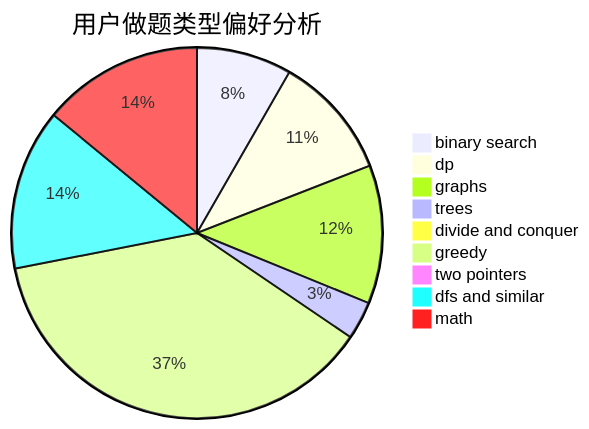
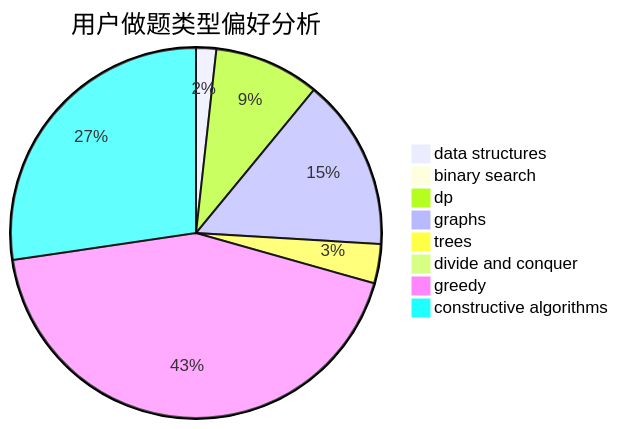
One commit to sherpahu/cfrs.github.io changed the second of 3 diagrams in docs/user/u1188.md. Above: the diagram before and after it, drawn with Mermaid. The commit also changed other lines of this file and 2775 other files, not shown here.

````diff
--- a/docs/user/u1188.md
+++ b/docs/user/u1188.md
@@ -23,12 +23,11 @@
 ```mermaid
 pie title 用户做题类型偏好分析
-    "binary search" :  110
-    "dp" :  143
-    "graphs" :  160
-    "trees" :  44
-    "divide and conquer" :  11
-    "greedy" :  496
-    "two pointers" :  13
-    "dfs and similar" :  186
-    "math" :  186
+    "data structures" :  18
+    "binary search" :  6
+    "dp" :  94
+    "graphs" :  153
+    "trees" :  35
+    "divide and conquer" :  8
+    "greedy" :  442
+    "constructive algorithms" :  279
 ```
````
